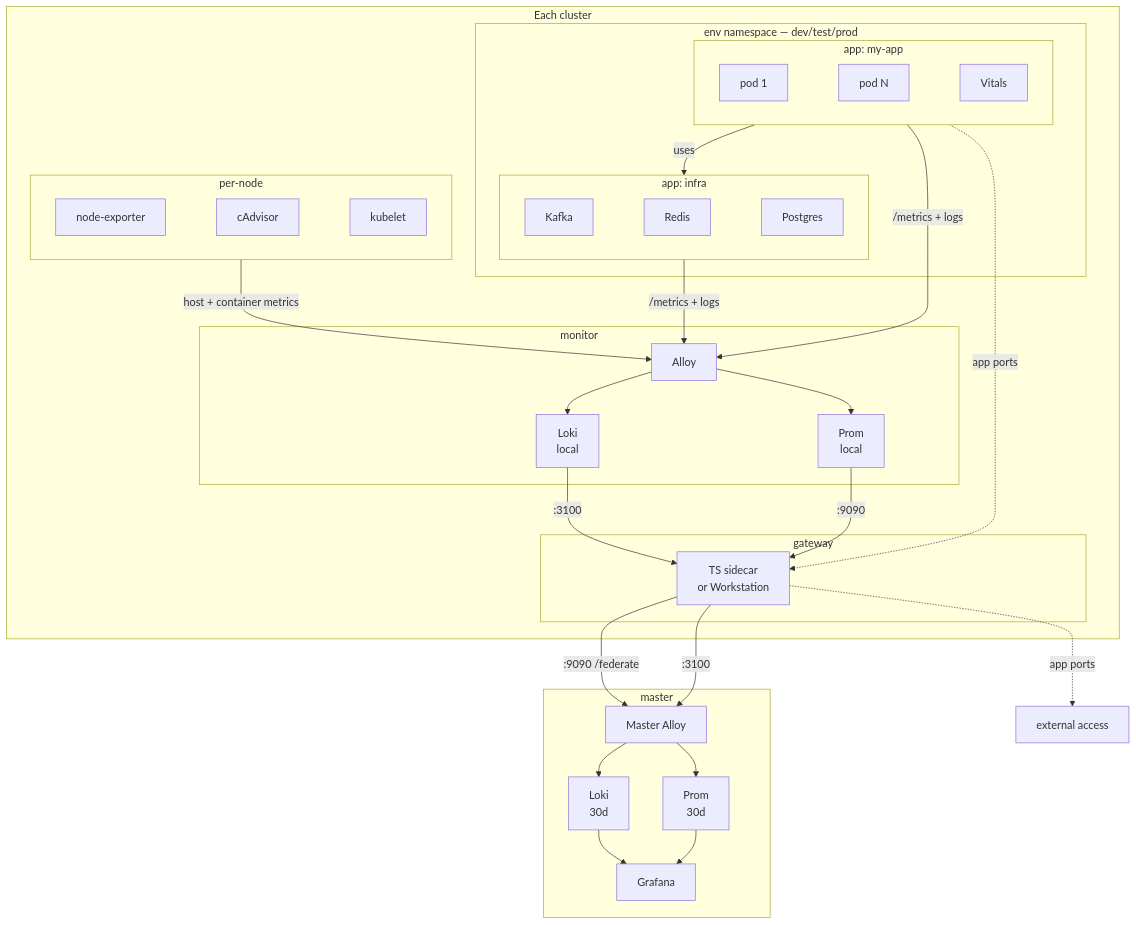
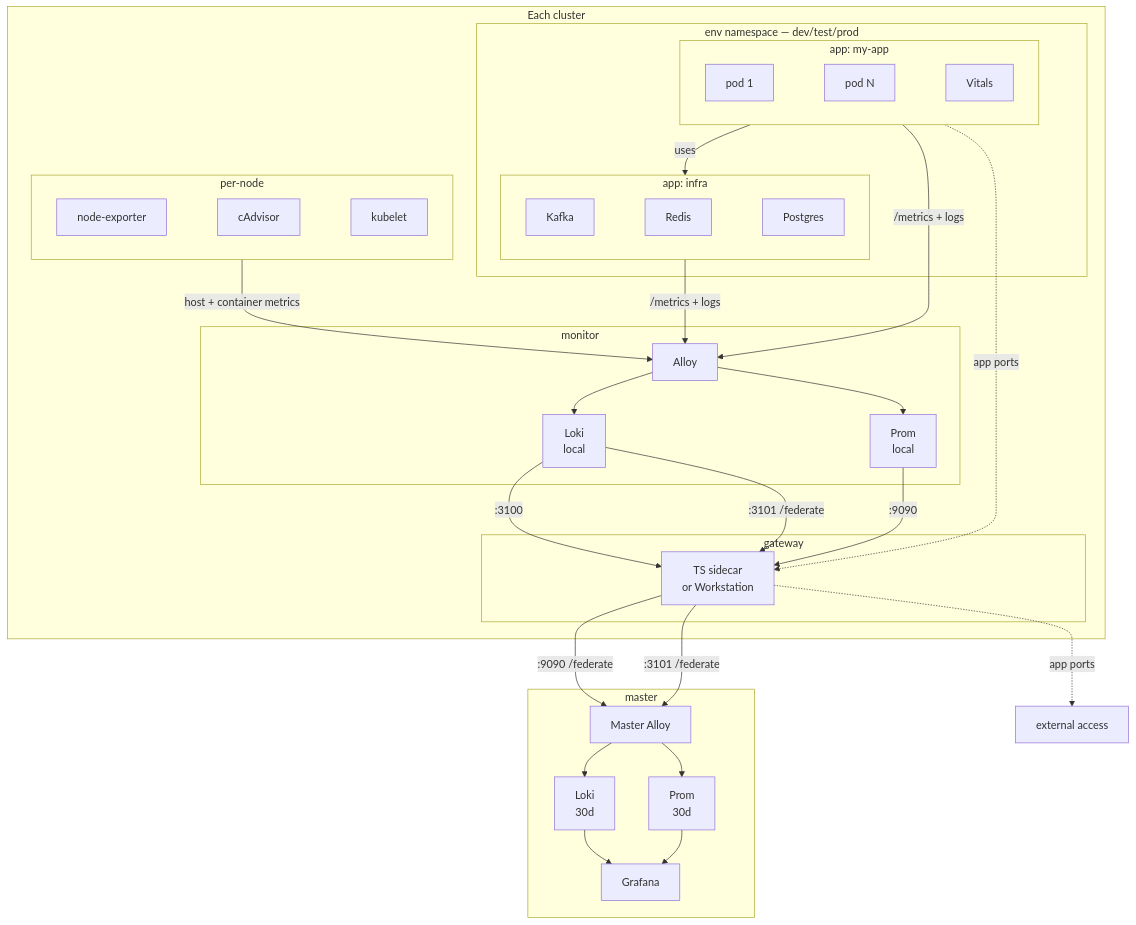
The fourth of 4 diagrams in docs/infrastructure.md (Kord96/kordinate), drawn with Mermaid before and after one commit. The commit also changed other lines of this file, not shown here.

````diff
--- a/docs/infrastructure.md
+++ b/docs/infrastructure.md
@@ -97,50 +97,51 @@
 ```mermaid
 flowchart TB
     subgraph cluster[Each cluster]
         subgraph env[env namespace — dev/test/prod]
             subgraph myapp["app: my-app"]
                 P1[pod 1]
                 PN[pod N]
                 VIT[Vitals]
                 P1 ~~~ PN ~~~ VIT
             end
             subgraph infra["app: infra"]
                 KF[Kafka]
                 RD[Redis]
                 PG[Postgres]
                 KF ~~~ RD ~~~ PG
             end
         end
 
         subgraph nodes[per-node]
             NE[node-exporter]
             CA[cAdvisor]
             KL[kubelet]
             NE ~~~ CA ~~~ KL
         end
 
         subgraph mon[monitor]
             AL[Alloy] --> LK[Loki<br/>local] & PR[Prom<br/>local]
         end
 
         subgraph gw[gateway]
             GWT[TS sidecar<br/>or Workstation]
         end
 
         myapp -->|uses| infra
         myapp & infra -->|/metrics + logs| AL
         nodes -->|host + container metrics| AL
         PR -->|:9090| GWT
         LK -->|:3100| GWT
+        LK -->|:3101 /federate| GWT
         myapp -.->|app ports| GWT
     end
 
     GWT -->|:9090 /federate| MA
-    GWT -->|:3100| MA
+    GWT -->|:3101 /federate| MA
     GWT -.->|app ports| EXT[external access]
 
     subgraph master[master]
         MA[Master Alloy] --> ML[Loki<br/>30d] & MP[Prom<br/>30d]
         MP & ML --> G[Grafana]
     end
 ```
````
